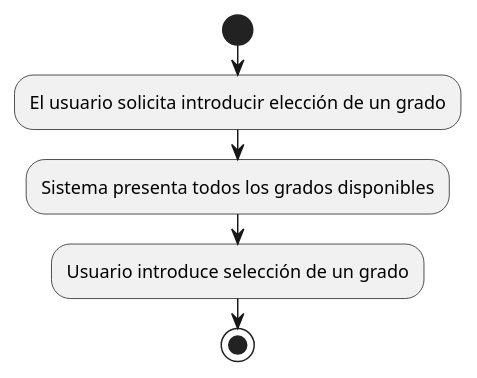
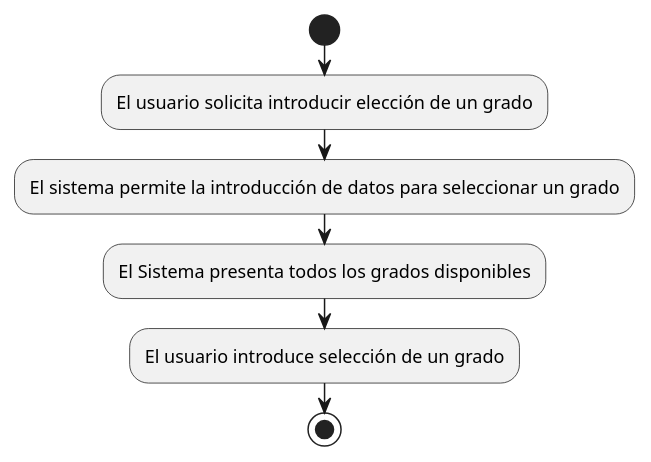
The diagram in casosDeUso/plantUML/ElegirGrado.puml (mmasias/24-25-IdSw1-SDR), drawn with PlantUML before and after one commit. The commit also changed 27 other files, not shown here.

Commit message:
Cambios a casos de uso y diagramas, cambios a Prototipos

```diff
--- a/casosDeUso/plantUML/ElegirGrado.puml
+++ b/casosDeUso/plantUML/ElegirGrado.puml
@@ -1,7 +1,8 @@
 @startuml
 start
 :El usuario solicita introducir elección de un grado;
-:Sistema presenta todos los grados disponibles;
-:Usuario introduce selección de un grado;
+:El sistema permite la introducción de datos para seleccionar un grado;
+:El Sistema presenta todos los grados disponibles;
+:El usuario introduce selección de un grado;
 stop
 @enduml
```
